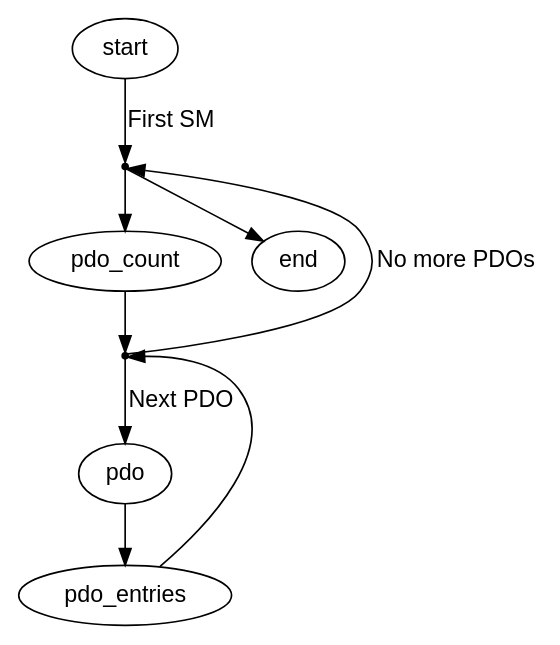
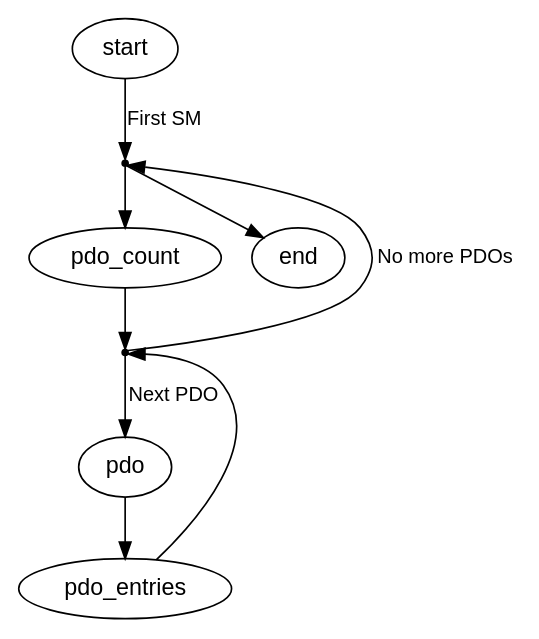
Before and after one commit to ribalda/ethercat: the diagram in documentation/graphs/fsm_pdo_read.dot, drawn with Graphviz. The commit also changed 664 other files, not shown here.

```diff
--- a/documentation/graphs/fsm_pdo_read.dot
+++ b/documentation/graphs/fsm_pdo_read.dot
@@ -1,27 +1,29 @@
 
 /* $Id$ */
 
 digraph pdo_read {
+    node [fontname="Helvetica"]
+    edge [fontname="Helvetica", fontsize="12"]
 
-    start [fontname="Helvetica"]
-    start -> action_next_sync [fontname="Helvetica", label="First SM", weight=5]
+    start
+    start -> action_next_sync [label="First SM", weight=5]
 
     action_next_sync [shape=point,label=""]
     action_next_sync -> pdo_count [weight=5]
     action_next_sync -> end
 
-    pdo_count [fontname="Helvetica"]
+    pdo_count
     pdo_count -> action_next_pdo [weight=5]
 
     action_next_pdo [shape=point,label=""]
-    action_next_pdo -> pdo [fontname="Helvetica", label="Next PDO", weight=5]
-    action_next_pdo -> action_next_sync [fontname="Helvetica", label="No more PDOs"]
+    action_next_pdo -> pdo [label="Next PDO", weight=5]
+    action_next_pdo -> action_next_sync [label="No more PDOs"]
 
-    pdo [fontname="Helvetica"]
+    pdo
     pdo -> pdo_entries [weight=5]
 
-    pdo_entries [fontname="Helvetica"]
+    pdo_entries
     pdo_entries -> action_next_pdo
 
-    end [fontname="Helvetica"]
+    end
 }
```
